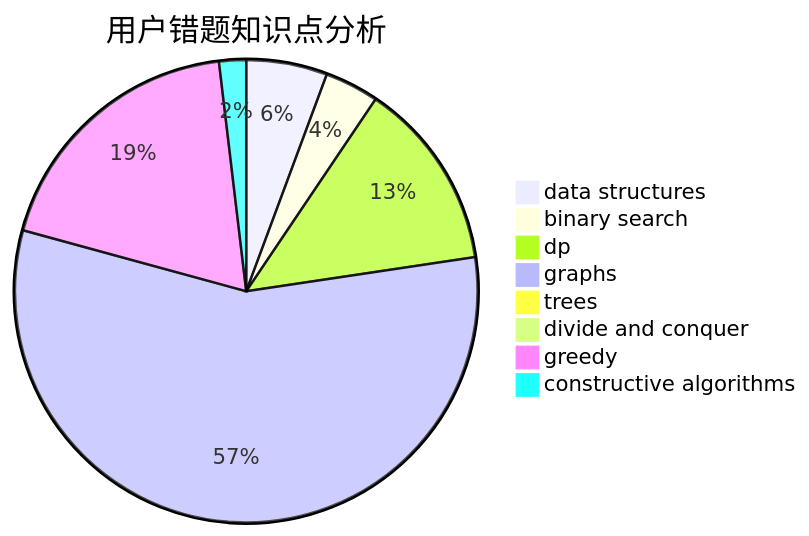
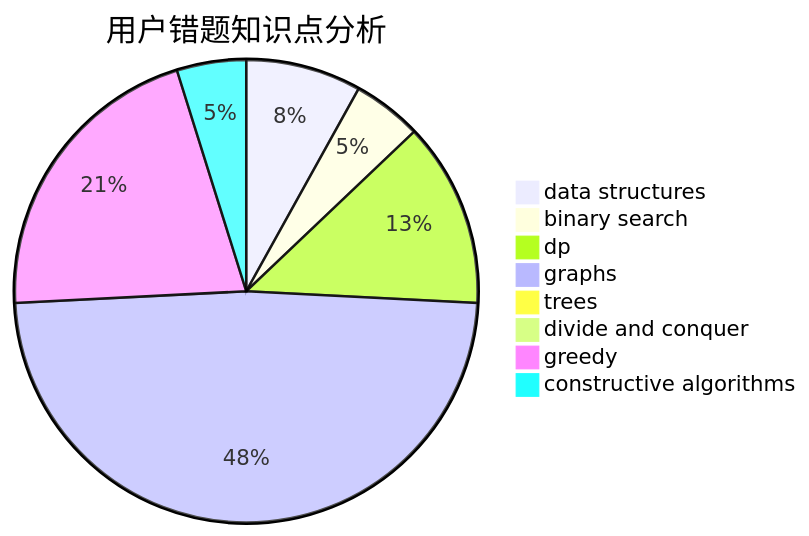
One commit to sherpahu/cfrs.github.io changed the third of 3 diagrams in docs/user/u2354.md. Above: the diagram before and after it, drawn with Mermaid. The commit also changed other lines of this file and 2770 other files, not shown here.

````diff
--- a/docs/user/u2354.md
+++ b/docs/user/u2354.md
@@ -36,11 +36,11 @@
 ```mermaid
 pie title 用户错题知识点分析
-    "data structures" :  3
-    "binary search" :  2
-    "dp" :  7
+    "data structures" :  5
+    "binary search" :  3
+    "dp" :  8
     "graphs" :  30
     "trees" :  0
     "divide and conquer" :  0
-    "greedy" :  10
-    "constructive algorithms" :  1
+    "greedy" :  13
+    "constructive algorithms" :  3
 ```
````
